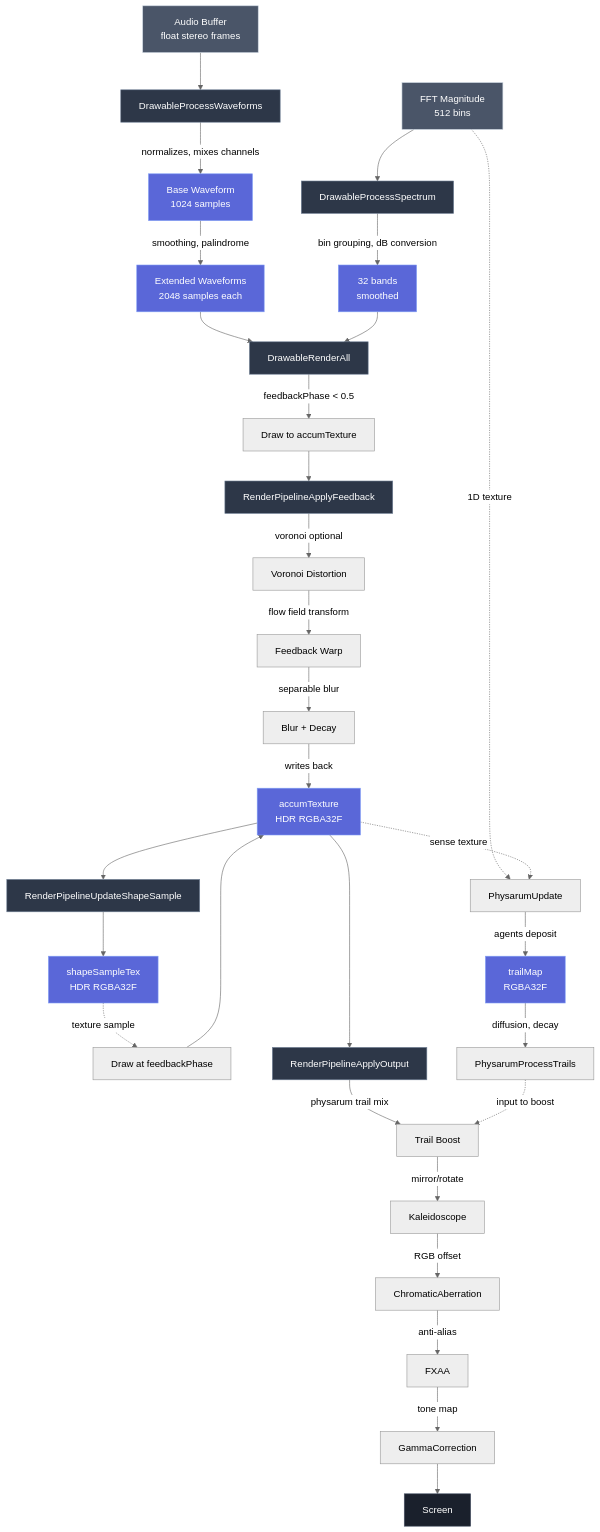
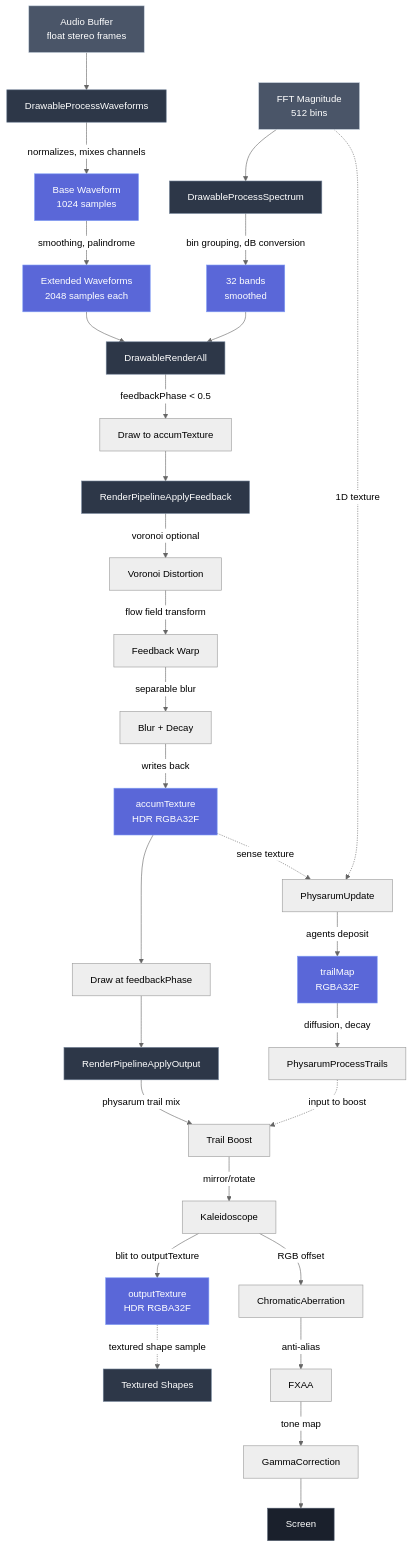
One commit to EvanLavender13/audio-jones changed the diagram in docs/modules/render.md. Above: the diagram before and after it, drawn with Mermaid (neutral theme). The commit also changed other lines of this file and 6 other files, not shown here.

First line of the commit message:
Sync architecture docs with drawable modulation changes

````diff
--- a/docs/modules/render.md
+++ b/docs/modules/render.md
@@ -25,57 +25,54 @@
 ```mermaid
 graph TD
     %% Input stage
     AudioBuffer[Audio Buffer<br/>float stereo frames] --> DrawableProcessWaveforms
     FFTMagnitude[FFT Magnitude<br/>512 bins] --> DrawableProcessSpectrum
 
     %% Processing stage
     DrawableProcessWaveforms --> |normalizes, mixes channels| WaveformBase[Base Waveform<br/>1024 samples]
     WaveformBase --> |smoothing, palindrome| WaveformExtended[Extended Waveforms<br/>2048 samples each]
     DrawableProcessSpectrum --> |bin grouping, dB conversion| SpectrumBands[32 bands<br/>smoothed]
 
     %% Rendering stage
     WaveformExtended --> DrawableRenderAll
     SpectrumBands --> DrawableRenderAll
     DrawableRenderAll --> |feedbackPhase < 0.5| PreFeedbackDraw[Draw to accumTexture]
 
     %% Feedback pipeline
     PreFeedbackDraw --> RenderPipelineApplyFeedback
     RenderPipelineApplyFeedback --> |voronoi optional| VoronoiPass[Voronoi Distortion]
     VoronoiPass --> |flow field transform| FeedbackPass[Feedback Warp]
     FeedbackPass --> |separable blur| BlurPass[Blur + Decay]
     BlurPass --> |writes back| AccumTexture[accumTexture<br/>HDR RGBA32F]
 
-    %% Shape sample copy
-    AccumTexture --> RenderPipelineUpdateShapeSample
-    RenderPipelineUpdateShapeSample --> ShapeSampleTex[shapeSampleTex<br/>HDR RGBA32F]
-
     %% Post-feedback draw
-    ShapeSampleTex -.->|texture sample| PostFeedbackDraw[Draw at feedbackPhase]
-    PostFeedbackDraw --> AccumTexture
-    AccumTexture --> RenderPipelineApplyOutput
+    AccumTexture --> PostFeedbackDraw[Draw at feedbackPhase]
+    PostFeedbackDraw --> RenderPipelineApplyOutput
 
     %% Output pipeline
     RenderPipelineApplyOutput --> |physarum trail mix| TrailBoost[Trail Boost]
     TrailBoost --> |mirror/rotate| Kaleidoscope
+    Kaleidoscope --> |blit to outputTexture| OutputTexture[outputTexture<br/>HDR RGBA32F]
+    OutputTexture -.->|textured shape sample| TexturedShapes[Textured Shapes]
     Kaleidoscope --> |RGB offset| ChromaticAberration
     ChromaticAberration --> |anti-alias| FXAA
     FXAA --> |tone map| GammaCorrection
     GammaCorrection --> Screen[Screen]
 
     %% Physarum simulation
     FFTMagnitude -.->|1D texture| PhysarumUpdate
     AccumTexture -.->|sense texture| PhysarumUpdate
     PhysarumUpdate --> |agents deposit| TrailMap[trailMap<br/>RGBA32F]
     TrailMap --> |diffusion, decay| PhysarumProcessTrails
     PhysarumProcessTrails -.->|input to boost| TrailBoost
 
     classDef input fill:#4a5568,stroke:#cbd5e0,color:#fff
     classDef process fill:#2d3748,stroke:#718096,color:#fff
     classDef output fill:#1a202c,stroke:#4a5568,color:#fff
     classDef texture fill:#5a67d8,stroke:#7f9cf5,color:#fff
 
     class AudioBuffer,FFTMagnitude input
-    class DrawableProcessWaveforms,DrawableProcessSpectrum,DrawableRenderAll,RenderPipelineApplyFeedback,RenderPipelineApplyOutput,RenderPipelineUpdateShapeSample process
-    class WaveformBase,WaveformExtended,SpectrumBands,AccumTexture,TrailMap,ShapeSampleTex texture
+    class DrawableProcessWaveforms,DrawableProcessSpectrum,DrawableRenderAll,RenderPipelineApplyFeedback,RenderPipelineApplyOutput,TexturedShapes process
+    class WaveformBase,WaveformExtended,SpectrumBands,AccumTexture,TrailMap,OutputTexture texture
     class Screen output
 ```
````
